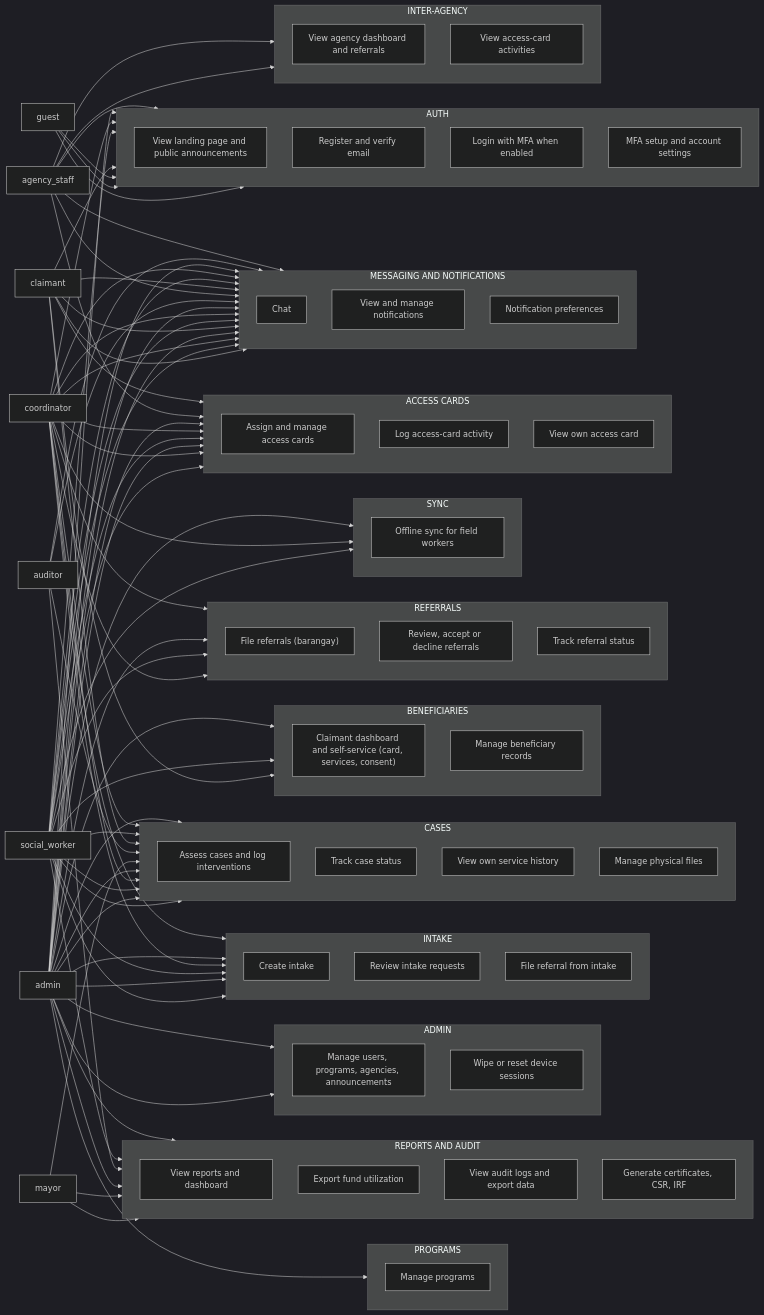
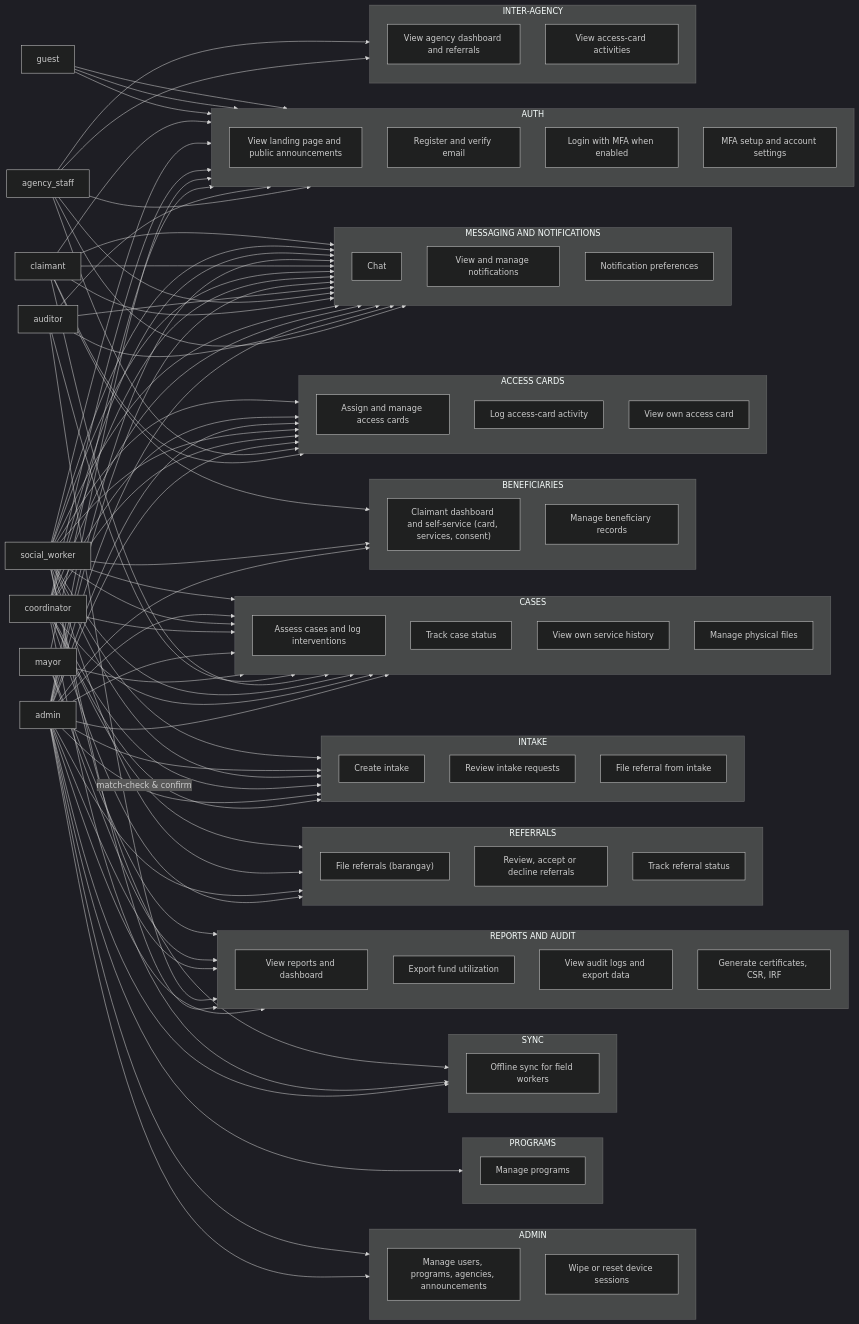
One commit to urlsalimbot/THESIS1-KAPWA changed the diagram in docs/diagrams/02-use-case-diagram.md. Above: the diagram before and after it, drawn with Mermaid (dark theme). The commit also changed other lines of this file, not shown here.

```diff
--- a/docs/diagrams/02-use-case-diagram.md
+++ b/docs/diagrams/02-use-case-diagram.md
@@ -112,7 +112,7 @@
         UC-AD2["Wipe or reset device sessions"]
     end
 
-    subgraph Messaging[ MESSAGING AND NOTIFICATIONS]
+    subgraph Messaging[MESSAGING AND NOTIFICATIONS]
         direction TB
         UC-M1["Chat"]
         UC-M2["View and manage notifications"]
@@ -131,12 +131,14 @@
     A3 --> UC-A4
     A4 --> UC-A4
     A5 --> UC-A4
+    A6 --> UC-A4
+    A7 --> UC-A4
     A8 --> UC-A4
 
     A3 --> UC-I1
     A5 --> UC-I1
     A3 --> UC-I2
-    A4 --> UC-I2
+    A4 -->|match-check & confirm| UC-I2
     A5 --> UC-I2
     A4 --> UC-I3
 
```
